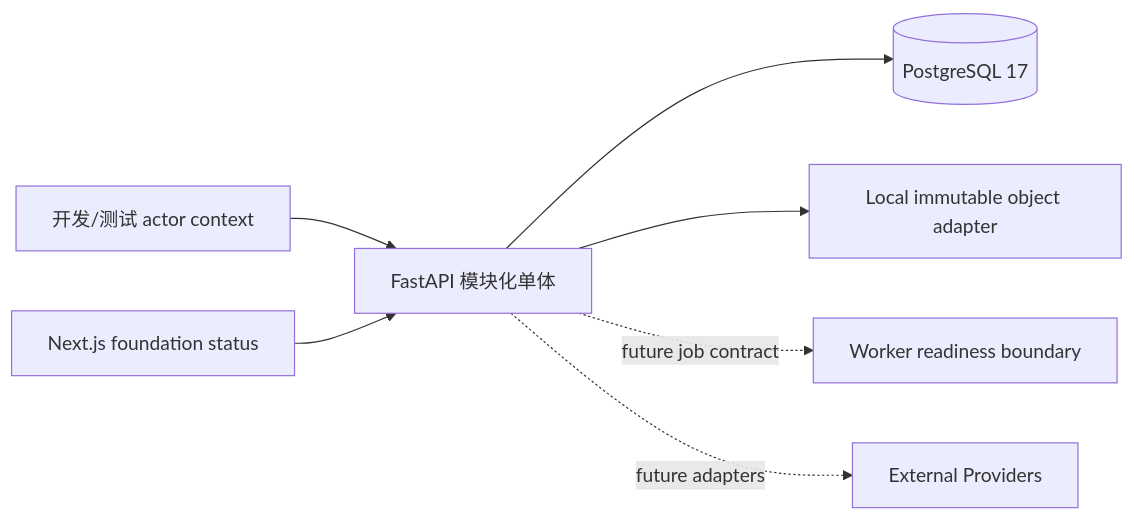
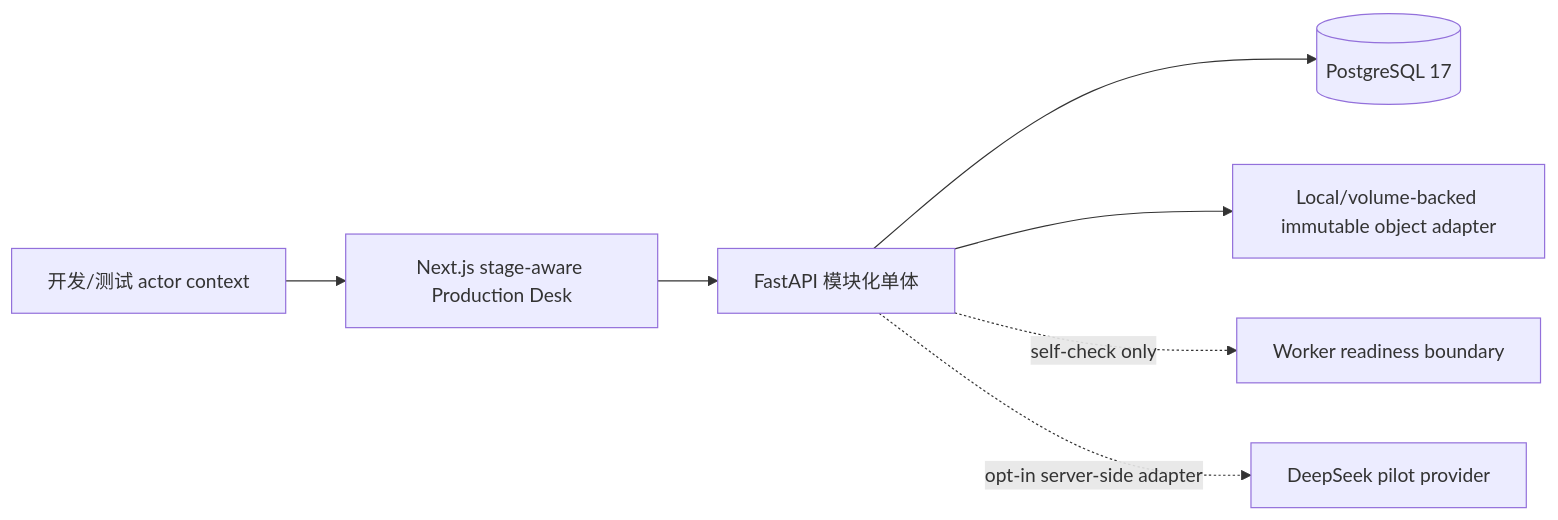
One commit to Eric-Cqc/ai-video-preproduction-agent changed the diagram in docs/architecture/system-context.md. Above: the diagram before and after it, drawn with Mermaid. The commit also changed other lines of this file and 64 other files, not shown here.

````diff
--- a/docs/architecture/system-context.md
+++ b/docs/architecture/system-context.md
@@ -5,9 +10,9 @@
 ```mermaid
 flowchart LR
-  U[开发/测试 actor context] --> A[FastAPI 模块化单体]
-  W[Next.js foundation status] --> A
+  U[开发/测试 actor context] --> W[Next.js stage-aware Production Desk]
+  W --> A[FastAPI 模块化单体]
   A --> D[(PostgreSQL 17)]
-  A --> S[Local immutable object adapter]
-  A -. future job contract .-> J[Worker readiness boundary]
-  A -. future adapters .-> P[External Providers]
+  A --> S[Local/volume-backed immutable object adapter]
+  A -. self-check only .-> J[Worker readiness boundary]
+  A -. opt-in server-side adapter .-> P[DeepSeek pilot provider]
 ```
````
